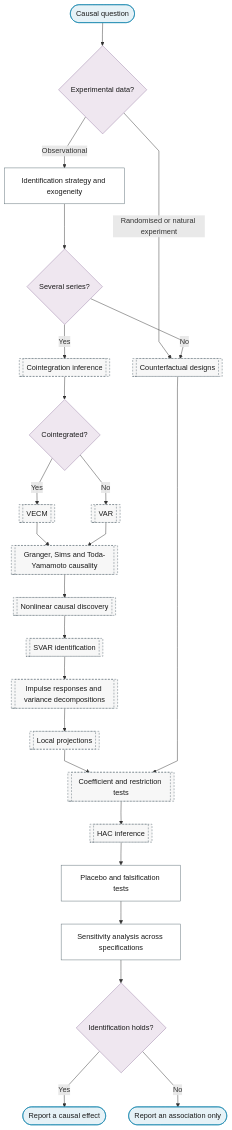
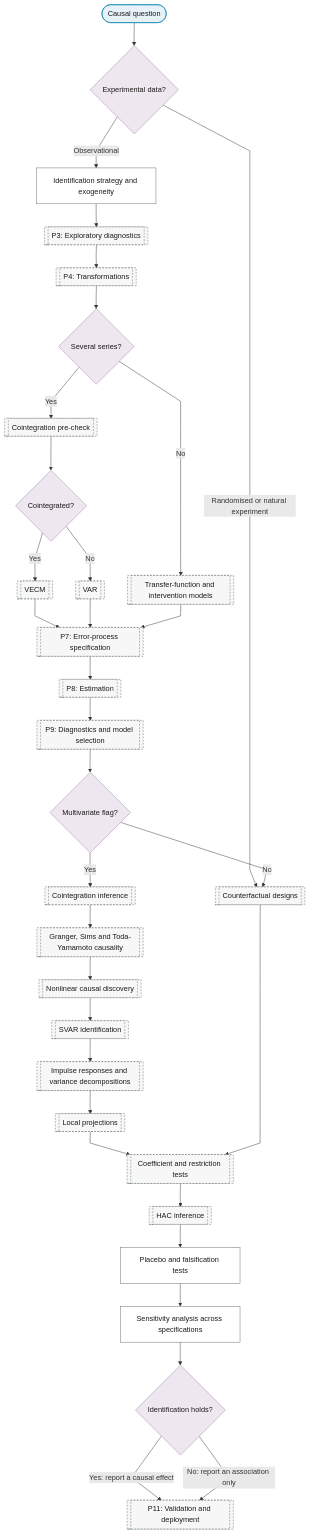
One commit to Shuxin-Y/time-series-analysis-manual changed the diagram in docs/01-workflow/p02-purpose/02-causal-inference.md. Above: the diagram before and after it, drawn with Mermaid. The commit also changed 9 other files, not shown here.

First line of the commit message:
fix(flowchart): purpose charts route through the spine and end at P11

````diff
--- a/docs/01-workflow/p02-purpose/02-causal-inference.md
+++ b/docs/01-workflow/p02-purpose/02-causal-inference.md
@@ -7,37 +7,45 @@
 ```mermaid
 %%{init: {"flowchart": {"curve": "linear"}}}%%
 graph TD
     P2_CA_IN(["Causal question"]) --> P2_CA_DESIGN{"Experimental data?"}
     P2_CA_DESIGN -->|"Randomised or natural experiment"| P10_COUNTERFACTUALS[["Counterfactual designs"]]
     P2_CA_DESIGN -->|"Observational"| P2_CA_IDENTIFICATION["Identification strategy and exogeneity"]
-    P2_CA_IDENTIFICATION --> P2_CA_SYSTEM{"Several series?"}
-    P2_CA_SYSTEM -->|"Yes"| P10_COINTEGRATION[["Cointegration inference"]]
-    P2_CA_SYSTEM -->|"No"| P10_COUNTERFACTUALS
-    P10_COINTEGRATION --> P2_CA_COINT{"Cointegrated?"}
+    P2_CA_IDENTIFICATION --> P3[["P3: Exploratory diagnostics"]]
+    P3 --> P4[["P4: Transformations"]]
+    P4 --> P2_CA_SYSTEM{"Several series?"}
+    P2_CA_SYSTEM -->|"Yes"| P3_COINTEGRATION_PRECHECK[["Cointegration pre-check"]]
+    P2_CA_SYSTEM -->|"No"| P6_TRANSFER_FUNCTION[["Transfer-function and intervention models"]]
+    P3_COINTEGRATION_PRECHECK --> P2_CA_COINT{"Cointegrated?"}
     P2_CA_COINT -->|"Yes"| P6_VECM[["VECM"]]
     P2_CA_COINT -->|"No"| P6_VAR[["VAR"]]
-    P6_VECM & P6_VAR --> P10_GRANGER[["Granger, Sims and Toda-Yamamoto causality"]]
+    P6_VECM & P6_VAR & P6_TRANSFER_FUNCTION --> P7[["P7: Error-process specification"]]
+    P7 --> P8[["P8: Estimation"]]
+    P8 --> P9[["P9: Diagnostics and model selection"]]
+    P9 --> P2_CA_MULTI{"Multivariate flag?"}
+    P2_CA_MULTI -->|"Yes"| P10_COINTEGRATION[["Cointegration inference"]]
+    P2_CA_MULTI -->|"No"| P10_COUNTERFACTUALS
+    P10_COINTEGRATION --> P10_GRANGER[["Granger, Sims and Toda-Yamamoto causality"]]
     P10_GRANGER --> P10_NONLINEAR_CAUSALITY[["Nonlinear causal discovery"]]
     P10_NONLINEAR_CAUSALITY --> P10_SVAR_IDENTIFICATION[["SVAR identification"]]
     P10_SVAR_IDENTIFICATION --> P10_IRF_FEVD[["Impulse responses and variance decompositions"]]
     P10_IRF_FEVD --> P10_LOCAL_PROJECTIONS[["Local projections"]]
     P10_LOCAL_PROJECTIONS & P10_COUNTERFACTUALS --> P10_COEFFICIENT_TESTS[["Coefficient and restriction tests"]]
     P10_COEFFICIENT_TESTS --> P10_HAC[["HAC inference"]]
     P10_HAC --> P2_CA_PLACEBO["Placebo and falsification tests"]
     P2_CA_PLACEBO --> P2_CA_SENSITIVITY["Sensitivity analysis across specifications"]
     P2_CA_SENSITIVITY --> P2_CA_VERDICT{"Identification holds?"}
-    P2_CA_VERDICT -->|"Yes"| P2_CA_OUT(["Report a causal effect"])
-    P2_CA_VERDICT -->|"No"| P2_CA_ASSOC(["Report an association only"])
-    class P2_CA_IN,P2_CA_OUT,P2_CA_ASSOC terminator
-    class P2_CA_DESIGN,P2_CA_SYSTEM,P2_CA_COINT,P2_CA_VERDICT decision
+    P2_CA_VERDICT -->|"Yes: report a causal effect"| P11[["P11: Validation and deployment"]]
+    P2_CA_VERDICT -->|"No: report an association only"| P11
+    class P2_CA_IN terminator
+    class P2_CA_DESIGN,P2_CA_SYSTEM,P2_CA_COINT,P2_CA_MULTI,P2_CA_VERDICT decision
     class P2_CA_IDENTIFICATION,P2_CA_PLACEBO,P2_CA_SENSITIVITY process
-    class P10_COUNTERFACTUALS,P10_COINTEGRATION,P6_VECM,P6_VAR,P10_GRANGER,P10_NONLINEAR_CAUSALITY,P10_SVAR_IDENTIFICATION,P10_IRF_FEVD,P10_LOCAL_PROJECTIONS,P10_COEFFICIENT_TESTS,P10_HAC ref
+    class P10_COUNTERFACTUALS,P3,P4,P3_COINTEGRATION_PRECHECK,P6_TRANSFER_FUNCTION,P6_VECM,P6_VAR,P7,P8,P9,P10_COINTEGRATION,P10_GRANGER,P10_NONLINEAR_CAUSALITY,P10_SVAR_IDENTIFICATION,P10_IRF_FEVD,P10_LOCAL_PROJECTIONS,P10_COEFFICIENT_TESTS,P10_HAC,P11 ref
     classDef terminator fill:#E6F2F7,stroke:#007BA7,color:#1A1A1A;
     classDef process fill:#FFFFFF,stroke:#5A6B73,color:#1A1A1A;
     classDef decision fill:#EFE7F0,stroke:#9B7FA7,color:#1A1A1A;
     classDef data fill:#FFF4E0,stroke:#C9A55E,color:#1A1A1A;
     classDef good fill:#DCEFD8,stroke:#4A7A3F,color:#1A1A1A;
     classDef escalate fill:#FFE9C2,stroke:#C9A55E,color:#1A1A1A;
     classDef problem fill:#F2D9DE,stroke:#800020,color:#1A1A1A;
     classDef ref fill:#F7F7F7,stroke:#5A6B73,color:#1A1A1A,stroke-dasharray:4 3;
 ```
````
